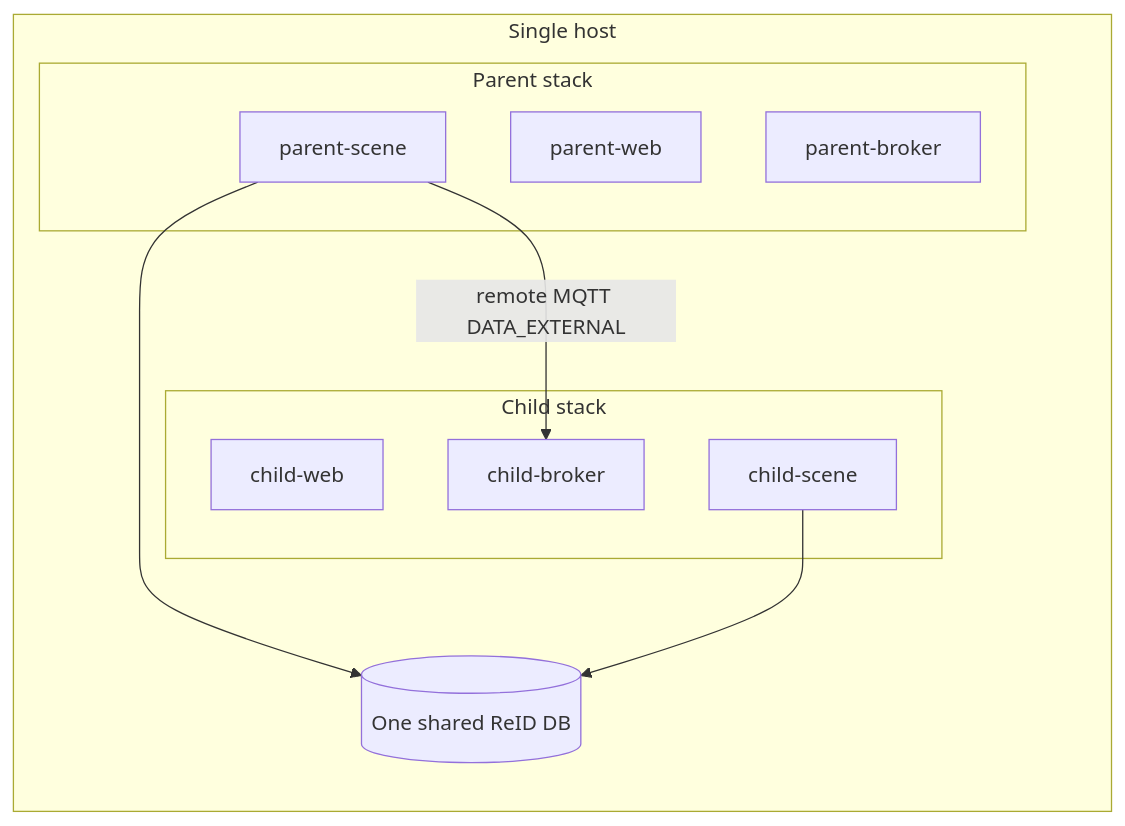
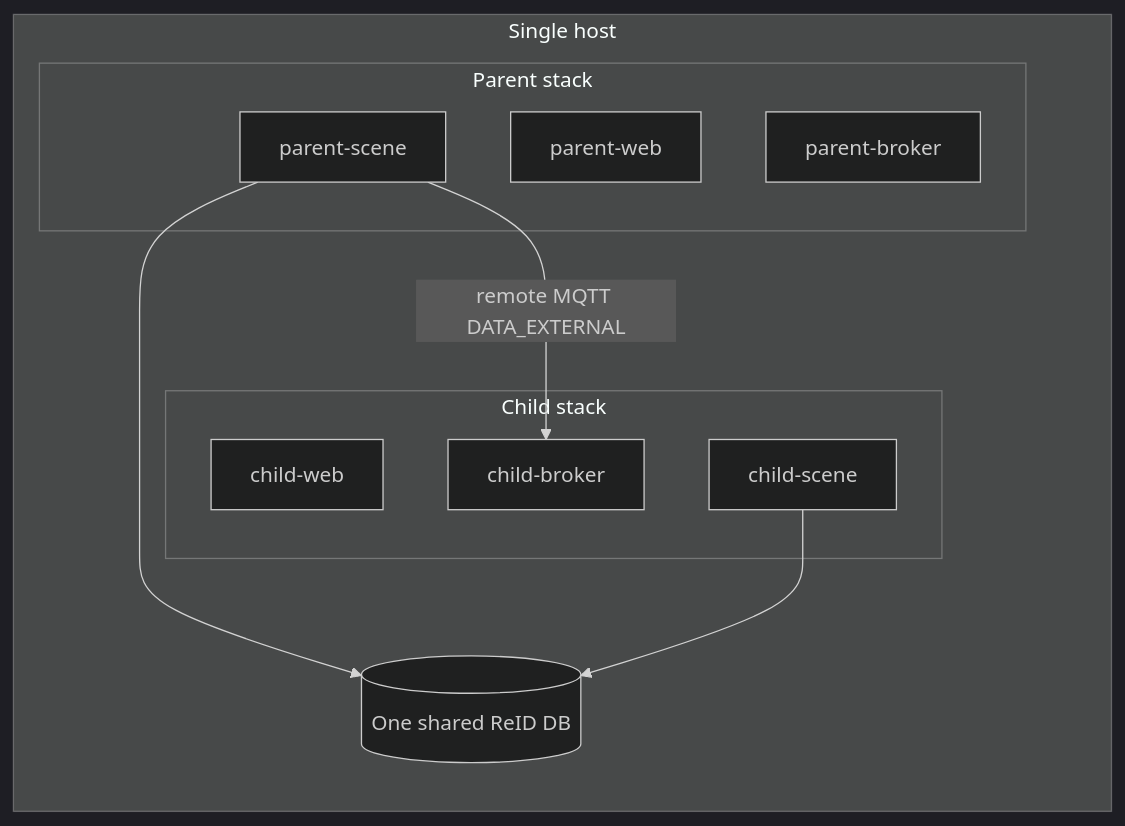
One commit to open-edge-platform/scenescape changed the diagram in docs/user-guide/how-to-guides/build-a-scene/deploy-multi-controller-on-one-host.md. Above: the diagram before and after it, drawn with Mermaid. The commit also changed other lines of this file and 16 other files, not shown here.

Commit message:
[DOCS] LiDAR Intersection demo - review, plus review of Mermaid diagrams - 26.2

````diff
--- a/docs/user-guide/how-to-guides/build-a-scene/deploy-multi-controller-on-one-host.md
+++ b/docs/user-guide/how-to-guides/build-a-scene/deploy-multi-controller-on-one-host.md
@@ -36,19 +34,22 @@
 ```mermaid
+---
+config: {"theme": "dark"}
+---
 flowchart LR
   subgraph host [Single host]
     subgraph parentStack [Parent stack]
       PWeb[parent-web]
       PBroker[parent-broker]
       PScene[parent-scene]
     end
     subgraph childStack [Child stack]
       CWeb[child-web]
       CBroker[child-broker]
       CScene[child-scene]
     end
     VDMS[(One shared ReID DB)]
   end
   PScene -->|"remote MQTT DATA_EXTERNAL"| CBroker
   PScene --> VDMS
   CScene --> VDMS
 ```
````
